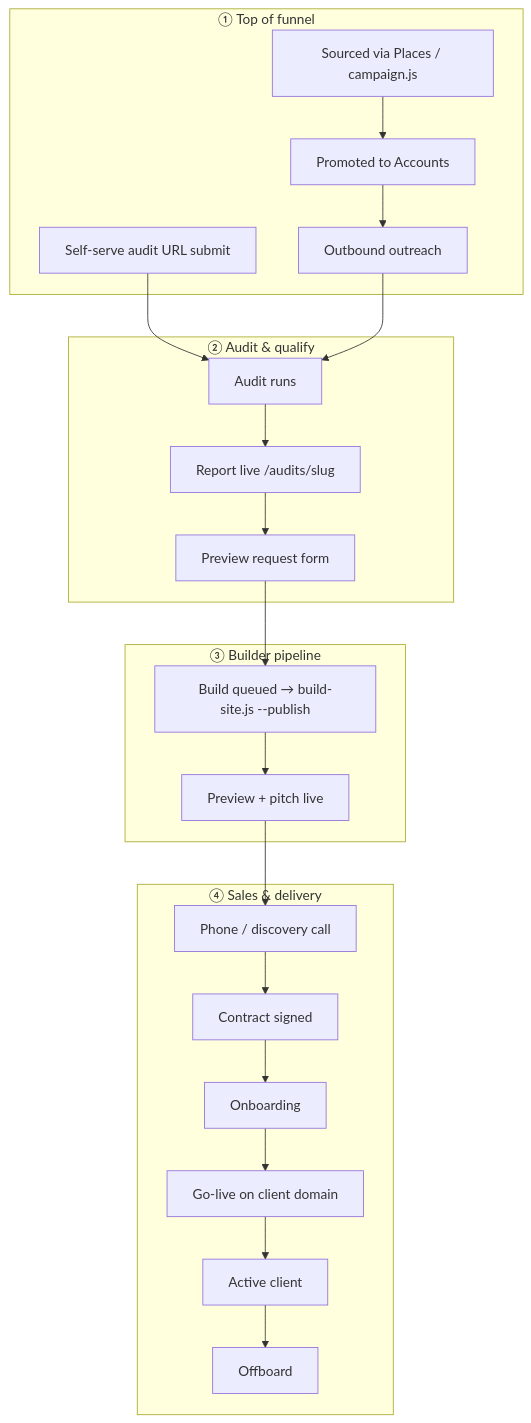
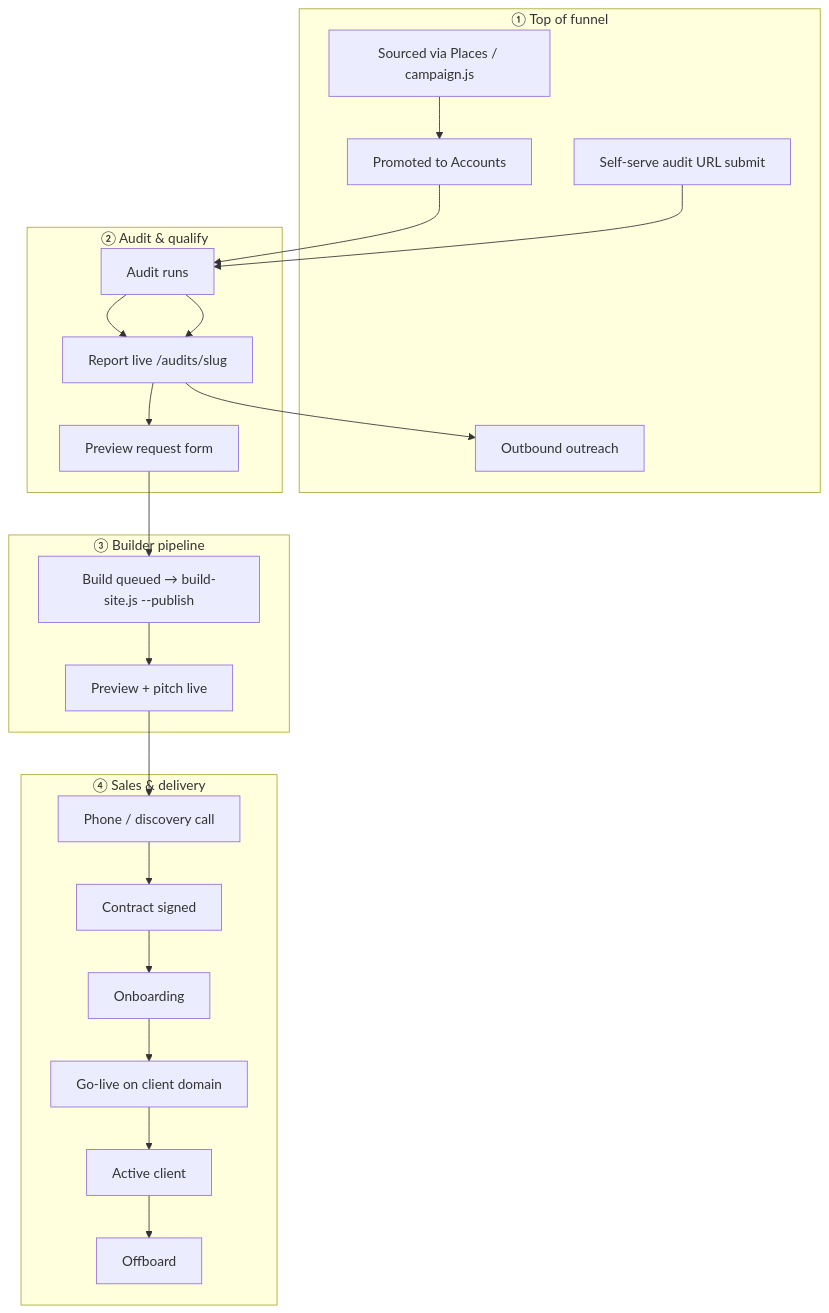
Before and after one commit to gwgunther/groundwork-builder: the diagram in docs/lifecycle/CUSTOMER_JOURNEY.md, drawn with Mermaid. The commit also changed 80 other files, not shown here.

````diff
--- a/docs/lifecycle/CUSTOMER_JOURNEY.md
+++ b/docs/lifecycle/CUSTOMER_JOURNEY.md
@@ -35,36 +35,37 @@
 ```mermaid
 flowchart TB
   subgraph TOP["① Top of funnel"]
     S1[Sourced via Places / campaign.js]
     S2[Promoted to Accounts]
     S3[Outbound outreach]
     S4[Self-serve audit URL submit]
   end
 
   subgraph AUDIT["② Audit & qualify"]
     A1[Audit runs]
     A2[Report live /audits/slug]
     A3[Preview request form]
   end
 
   subgraph BUILD["③ Builder pipeline"]
     B1[Build queued → build-site.js --publish]
     B2[Preview + pitch live]
   end
 
   subgraph HUMAN["④ Sales & delivery"]
     H1[Phone / discovery call]
     H2[Contract signed]
     H3[Onboarding]
     H4[Go-live on client domain]
     H5[Active client]
     H6[Offboard]
   end
 
-  S1 --> S2 --> S3
+  S1 --> S2
+  S2 --> A1 --> A2
   S4 --> A1 --> A2
+  A2 --> S3
   A2 --> A3
   A3 --> B1
-  S3 --> A1
   B1 --> B2 --> H1 --> H2 --> H3 --> H4 --> H5 --> H6
 ```
````
